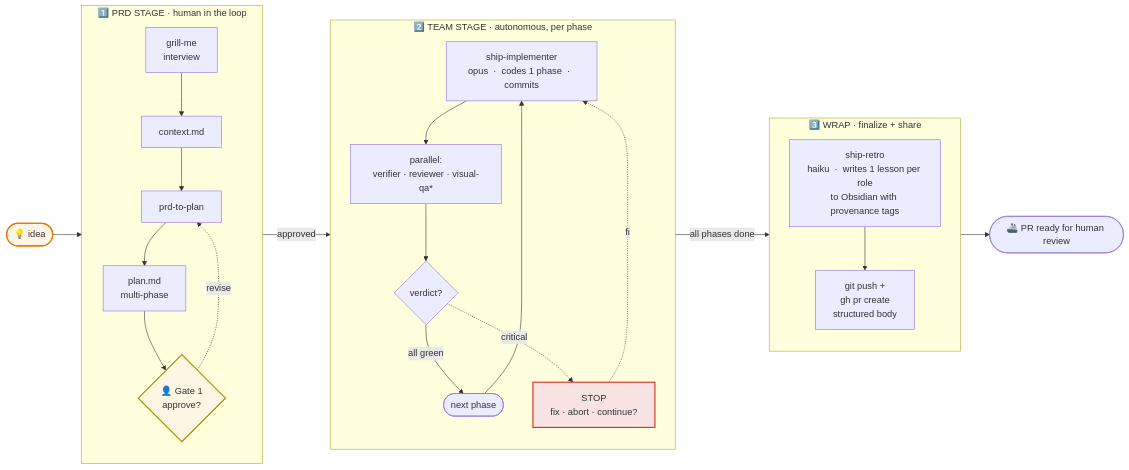
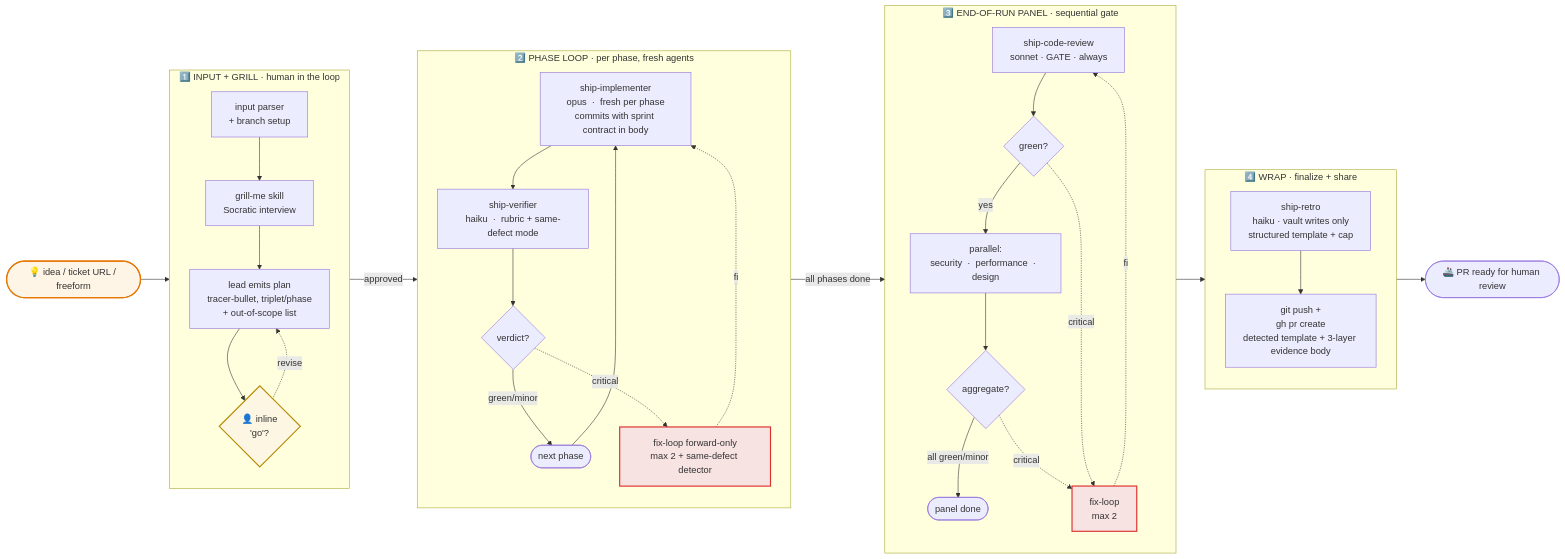
The first of 4 diagrams in ARCHITECTURE.md (aliaksei-loi/ship), drawn with Mermaid before and after one commit. The commit also changed other lines of this file and 13 other files, not shown here.

````diff
--- a/ARCHITECTURE.md
+++ b/ARCHITECTURE.md
@@ -14,43 +13,56 @@
 ```mermaid
 flowchart LR
-    Idea([💡 idea]):::input
+    Idea([💡 idea / ticket URL / freeform]):::input
 
-    subgraph Stage1["1️⃣ PRD STAGE  ·  human in the loop"]
+    subgraph Stage1["1️⃣ INPUT + GRILL  ·  human in the loop"]
         direction TB
-        S1A[grill-me<br/>interview]
-        S1B[context.md]
-        S1C[prd-to-plan]
-        S1D[plan.md<br/>multi-phase]
-        S1E{👤 Gate 1<br/>approve?}:::gate
-        S1A --> S1B --> S1C --> S1D --> S1E
+        S1A[input parser<br/>+ branch setup]
+        S1B[grill-me skill<br/>Socratic interview]
+        S1C[lead emits plan<br/>tracer-bullet, triplet/phase<br/>+ out-of-scope list]
+        S1D{👤 inline<br/>'go'?}:::gate
+        S1A --> S1B --> S1C --> S1D
     end
 
-    subgraph Stage2["2️⃣ TEAM STAGE  ·  autonomous, per phase"]
+    subgraph Stage2["2️⃣ PHASE LOOP  ·  per phase, fresh agents"]
         direction TB
-        S2A[ship-implementer<br/>opus  ·  codes 1 phase  ·  commits]
-        S2B[parallel:<br/>verifier · reviewer · visual-qa*]
+        S2A[ship-implementer<br/>opus  ·  fresh per phase<br/>commits with sprint contract in body]
+        S2B[ship-verifier<br/>haiku  ·  rubric + same-defect mode]
         S2C{verdict?}
         S2A --> S2B --> S2C
-        S2C -->|all green| S2D([next phase])
+        S2C -->|green/minor| S2D([next phase])
         S2D --> S2A
-        S2C -.critical.-> S2E[STOP<br/>fix · abort · continue?]:::stop
+        S2C -.critical.-> S2E[fix-loop forward-only<br/>max 2 + same-defect detector]:::stop
         S2E -.fix.-> S2A
     end
 
-    subgraph Stage3["3️⃣ WRAP  ·  finalize + share"]
+    subgraph Stage3["3️⃣ END-OF-RUN PANEL  ·  sequential gate"]
         direction TB
-        S3A[ship-retro<br/>haiku  ·  writes 1 lesson per role<br/>to Obsidian with provenance tags]
-        S3B[git push +<br/>gh pr create<br/>structured body]
+        S3A[ship-code-review<br/>sonnet  ·  GATE  ·  always]
+        S3B{green?}
         S3A --> S3B
+        S3B -->|yes| S3C[parallel:<br/>security  ·  performance  ·  design]
+        S3B -.critical.-> S3E[fix-loop<br/>max 2]:::stop
+        S3C --> S3D{aggregate?}
+        S3D -->|all green/minor| S3F([panel done])
+        S3D -.critical.-> S3E
+        S3E -.fix.-> S3A
+    end
+
+    subgraph Stage4["4️⃣ WRAP  ·  finalize + share"]
+        direction TB
+        S4A[ship-retro<br/>haiku  ·  vault writes only<br/>structured template + cap]
+        S4B[git push +<br/>gh pr create<br/>detected template + 3-layer evidence body]
+        S4A --> S4B
     end
 
     Idea --> S1A
-    S1E -.revise.-> S1C
-    S1E -->|approved| S2A
+    S1D -.revise.-> S1C
+    S1D -->|approved| S2A
     S2C -->|all phases done| S3A
-    S3B --> Out([🚢 PR ready for human review])
+    S3F --> S4A
+    S4B --> Out([🚢 PR ready for human review])
 
     classDef input fill:#fff5e6,stroke:#e87600,stroke-width:2px
     classDef gate fill:#fdf6e3,stroke:#b58900,stroke-width:2px
     classDef stop fill:#f8e3e3,stroke:#dc322f,stroke-width:2px
 ```
````
